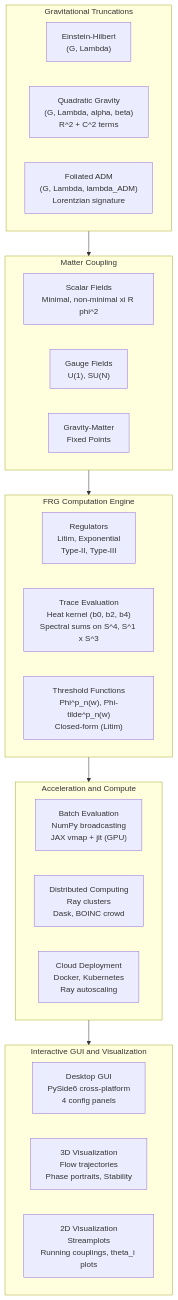
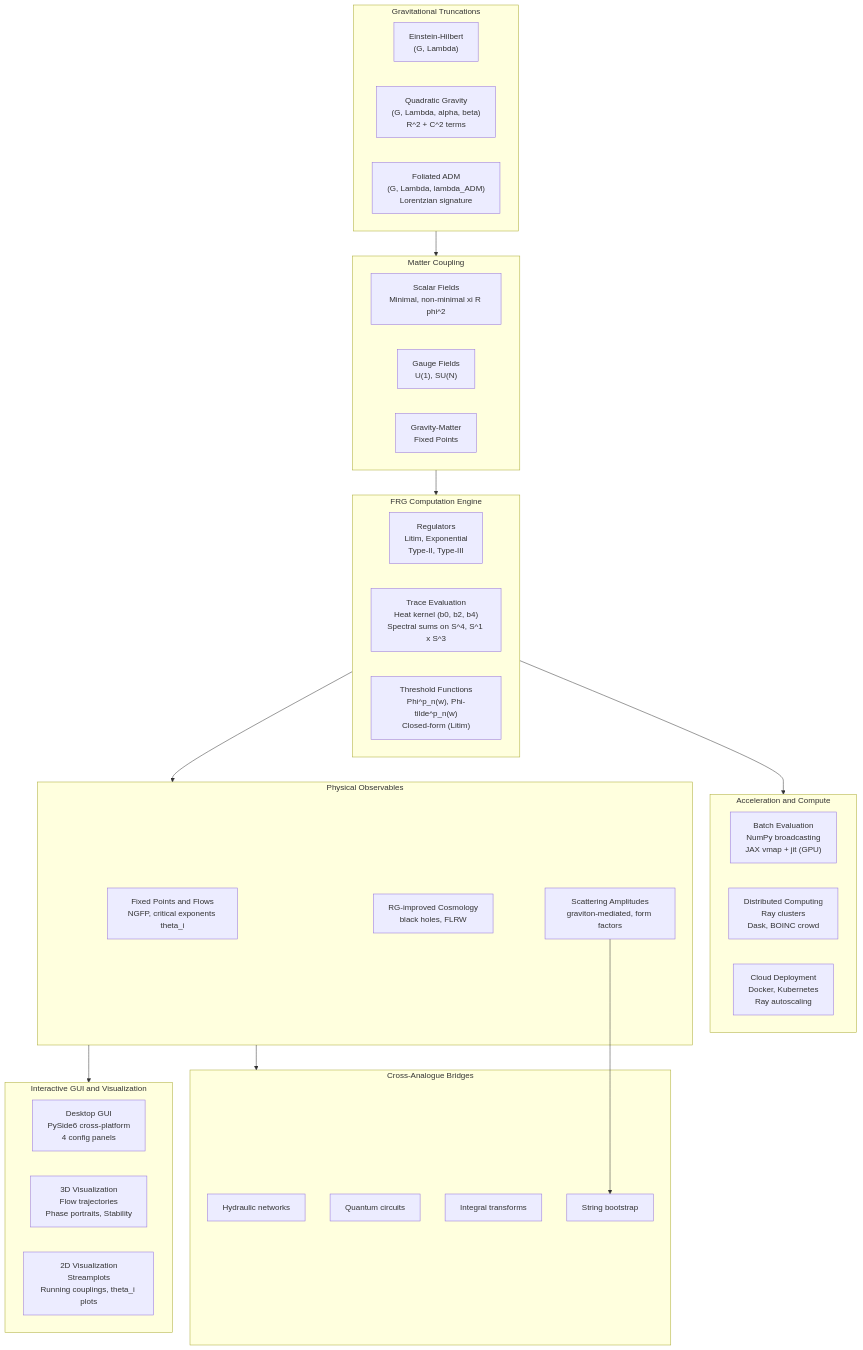
One commit to sonoransun/exasymptoticsafety changed the second of 6 diagrams in README.md. Above: the diagram before and after it, drawn with Mermaid. The commit also changed other lines of this file and 23 other files, not shown here.

````diff
--- a/README.md
+++ b/README.md
@@ -49,34 +80,50 @@
 ```mermaid
 flowchart TD
     subgraph truncations["Gravitational Truncations"]
         eh["Einstein-Hilbert\n(G, Lambda)"]
         quad["Quadratic Gravity\n(G, Lambda, alpha, beta)\nR^2 + C^2 terms"]
         fol["Foliated ADM\n(G, Lambda, lambda_ADM)\nLorentzian signature"]
     end
 
     subgraph matter["Matter Coupling"]
         scalar["Scalar Fields\nMinimal, non-minimal xi R phi^2"]
         gauge["Gauge Fields\nU(1), SU(N)"]
         combined["Gravity-Matter\nFixed Points"]
     end
 
     subgraph methods["FRG Computation Engine"]
         reg["Regulators\nLitim, Exponential\nType-II, Type-III"]
         trace["Trace Evaluation\nHeat kernel (b0, b2, b4)\nSpectral sums on S^4, S^1 x S^3"]
         threshold["Threshold Functions\nPhi^p_n(w), Phi-tilde^p_n(w)\nClosed-form (Litim)"]
     end
 
     subgraph accel["Acceleration and Compute"]
         batch["Batch Evaluation\nNumPy broadcasting\nJAX vmap + jit (GPU)"]
         dist["Distributed Computing\nRay clusters\nDask, BOINC crowd"]
         cloud["Cloud Deployment\nDocker, Kubernetes\nRay autoscaling"]
     end
 
+    subgraph observables["Physical Observables"]
+        fp["Fixed Points and Flows\nNGFP, critical exponents theta_i"]
+        cosmo["RG-improved Cosmology\nblack holes, FLRW"]
+        scat["Scattering Amplitudes\ngraviton-mediated, form factors"]
+    end
+
+    subgraph bridges["Cross-Analogue Bridges"]
+        hyd["Hydraulic networks"]
+        qua["Quantum circuits"]
+        tra["Integral transforms"]
+        boot["String bootstrap"]
+    end
+
     subgraph ui["Interactive GUI and Visualization"]
         gui["Desktop GUI\nPySide6 cross-platform\n4 config panels"]
         viz3d["3D Visualization\nFlow trajectories\nPhase portraits, Stability"]
         viz2d["2D Visualization\nStreamplots\nRunning couplings, theta_i plots"]
     end
 
-    truncations --> matter --> methods --> accel --> ui
+    truncations --> matter --> methods --> accel
+    methods --> observables --> bridges
+    observables --> ui
+    scat --> boot
 ```
````
